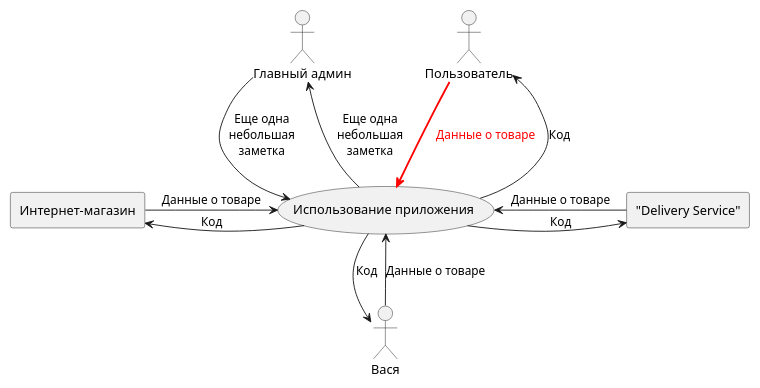
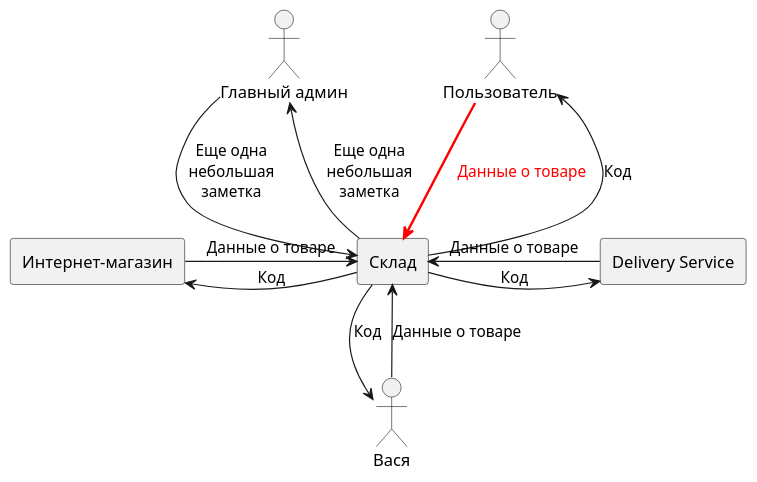
The diagram in umldia.iuml (PortnovAlex80/node_js_pro), drawn with PlantUML before and after one commit.

```diff
--- a/umldia.iuml
+++ b/umldia.iuml
@@ -1,17 +1,18 @@
 @startuml
 scale 750 width
 skinparam componentStyle rectangle
+skinparam BackgroundColor transparent
+[Склад] as WMS
 
+Пользователь -down-> WMS #line:red;line.bold;text:red  : Данные о товаре 
+WMS -up-> Пользователь : Код
+Вася --> WMS : Данные о товаре
+WMS --> Вася : Код
+[Delivery Service] -left-> WMS : Данные о товаре
+WMS -right-> [Delivery Service] : Код
+[Интернет-магазин] -right-> WMS : Данные о товаре
+WMS -left-> [Интернет-магазин] : Код
 
-Пользователь -down-> (Использование приложения) #line:red;line.bold;text:red  : Данные о товаре 
-(Использование приложения) -up-> Пользователь : Код
-Вася --> (Использование приложения) : Данные о товаре
-(Использование приложения) --> Вася : Код
-["Delivery Service"] -left-> (Использование приложения) : Данные о товаре
-(Использование приложения) -right-> ["Delivery Service"] : Код
-[Интернет-магазин] -right-> (Использование приложения) : Данные о товаре
-(Использование приложения) -left-> [Интернет-магазин] : Код
-
-:Главный админ: -down-> (Использование приложения) : Еще одна\nнебольшая\nзаметка
-(Использование приложения) -up-> :Главный админ:  : Еще одна\nнебольшая\nзаметка
+:Главный админ: -down-> WMS : Еще одна\nнебольшая\nзаметка
+WMS -up-> :Главный админ:  : Еще одна\nнебольшая\nзаметка
 @enduml
```
